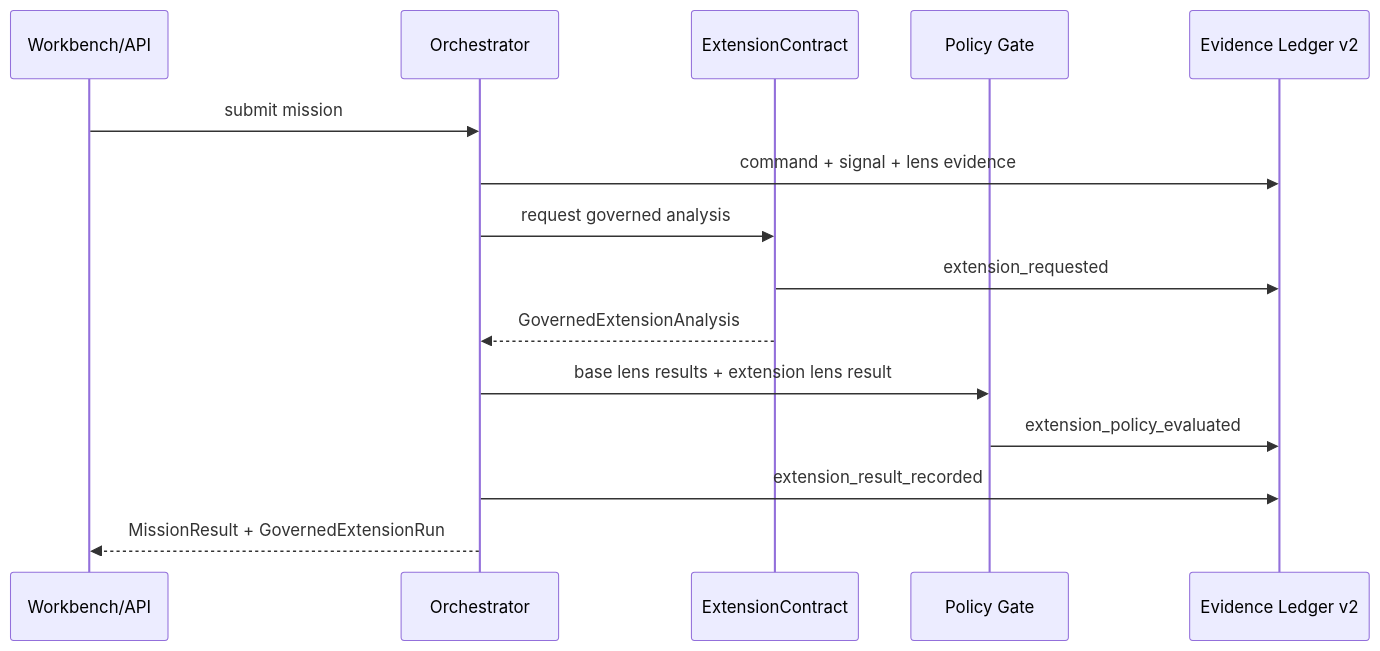
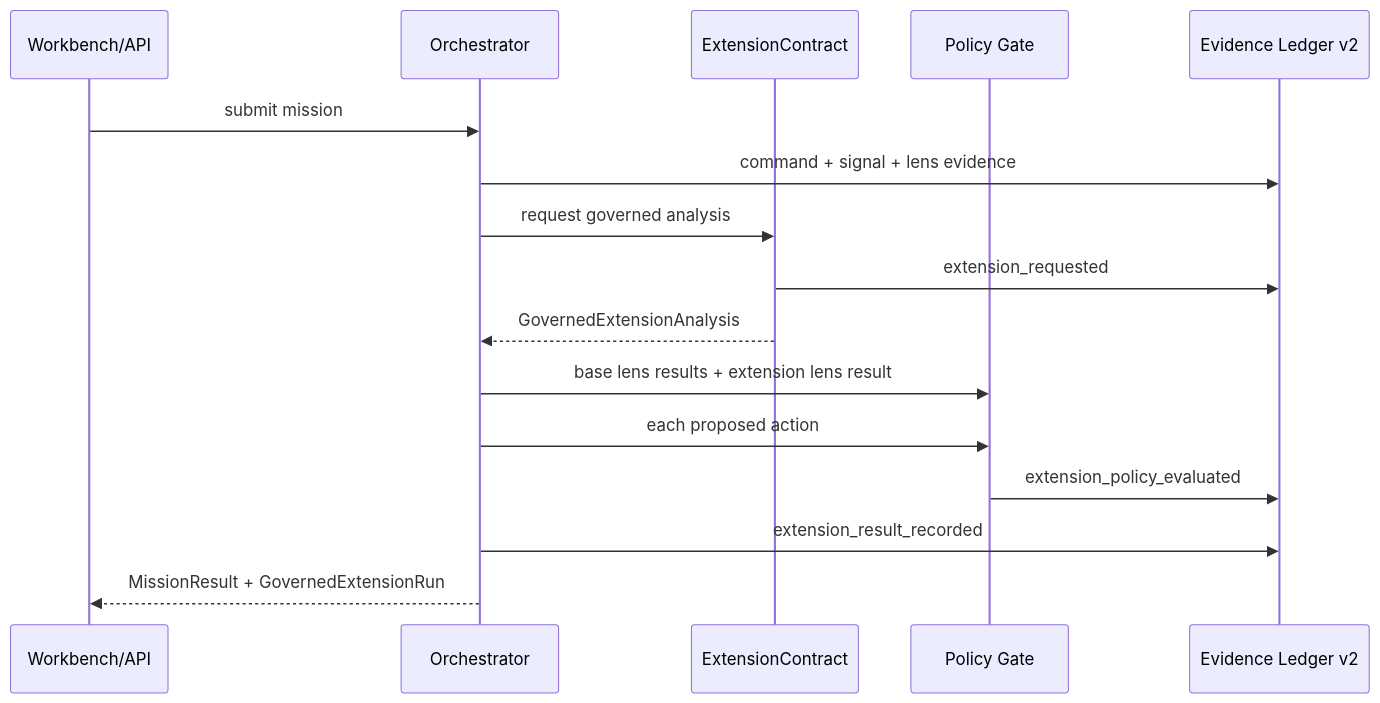
Before and after one commit to Tashima-Tarsh/Disha: the second of 2 diagrams in ARCHITECTURE.md, drawn with Mermaid. The commit also changed other lines of this file and 5 other files, not shown here.

````diff
--- a/ARCHITECTURE.md
+++ b/ARCHITECTURE.md
@@ -141,17 +143,18 @@
 ```mermaid
 sequenceDiagram
     participant W as Workbench/API
     participant O as Orchestrator
     participant X as ExtensionContract
     participant P as Policy Gate
     participant L as Evidence Ledger v2
     W->>O: submit mission
     O->>L: command + signal + lens evidence
     O->>X: request governed analysis
     X->>L: extension_requested
     X-->>O: GovernedExtensionAnalysis
     O->>P: base lens results + extension lens result
+    O->>P: each proposed action
     P->>L: extension_policy_evaluated
     O->>L: extension_result_recorded
     O-->>W: MissionResult + GovernedExtensionRun
 ```
````
